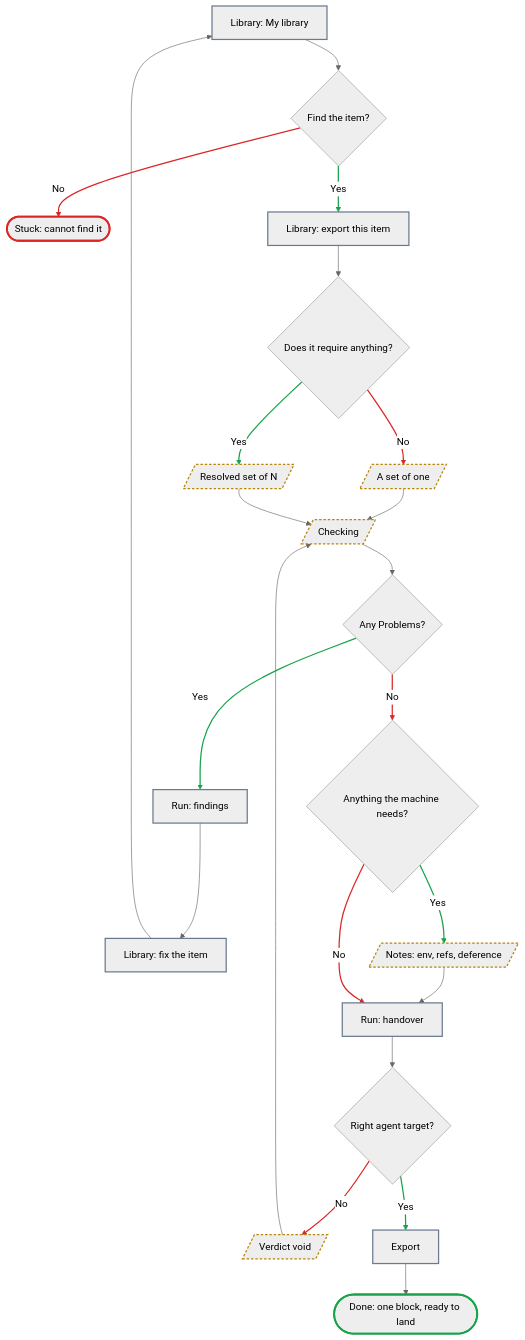
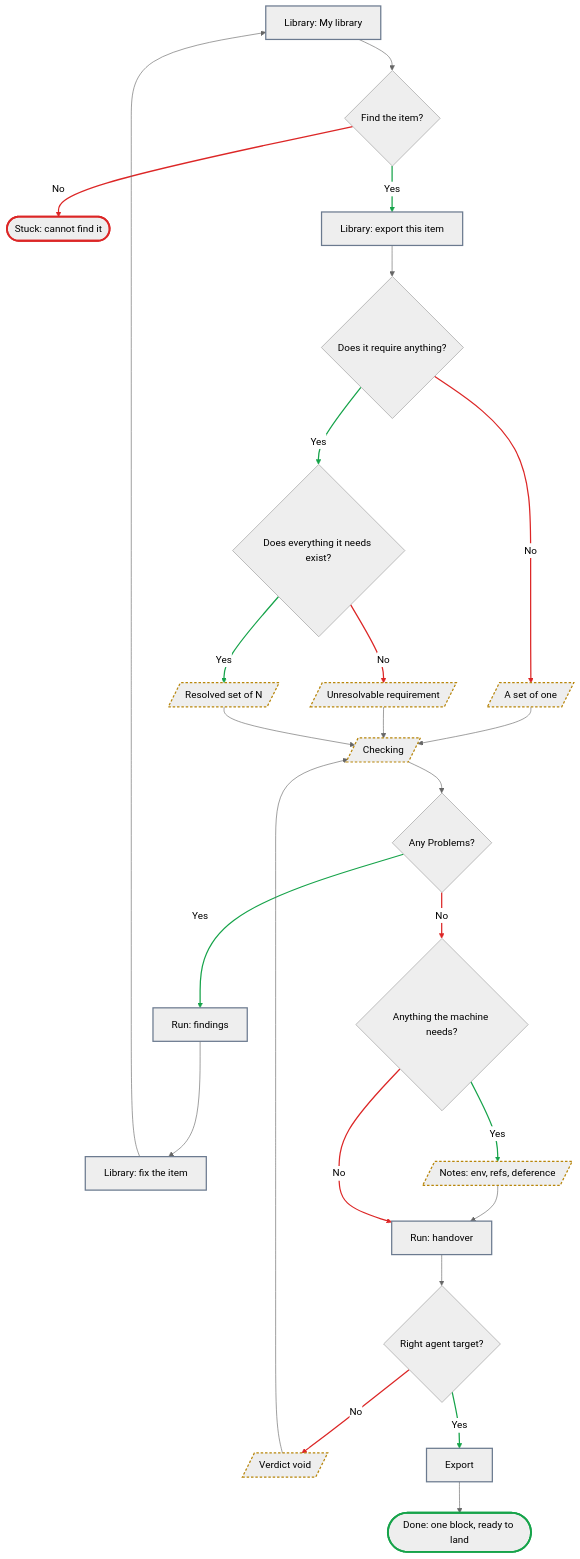
The second of 7 diagrams in 03-information-architecture/flows.md (RomanUserExpert/ai-stack-builder), drawn with Mermaid (neutral theme) before and after one commit. The commit also changed other lines of this file and 7 other files, not shown here.

````diff
--- a/03-information-architecture/flows.md
+++ b/03-information-architecture/flows.md
@@ -188,34 +190,37 @@
 ```mermaid
 flowchart TD
     A["Library: My library"] --> B{"Find the item?"}
     B -->|"No"| C(["Stuck: cannot find it"])
     B -->|"Yes"| D["Library: export this item"]
     D --> E{"Does it require anything?"}
     E -->|"No"| F[/"A set of one"/]
-    E -->|"Yes"| G[/"Resolved set of N"/]
-    F --> H[/"Checking"/]
-    G --> H
-    H --> I{"Any Problems?"}
-    I -->|"Yes"| J["Run: findings"]
-    J --> K["Library: fix the item"]
-    K --> A
-    I -->|"No"| L{"Anything the machine needs?"}
-    L -->|"Yes"| M[/"Notes: env, refs, deference"/]
-    M --> N["Run: handover"]
-    L -->|"No"| N
-    N --> O{"Right agent target?"}
-    O -->|"No"| P[/"Verdict void"/]
-    P --> H
-    O -->|"Yes"| Q["Export"]
-    Q --> R(["Done: one block, ready to land"])
+    E -->|"Yes"| G{"Does everything it needs exist?"}
+    G -->|"No"| H[/"Unresolvable requirement"/]
+    G -->|"Yes"| I[/"Resolved set of N"/]
+    F --> J[/"Checking"/]
+    H --> J
+    I --> J
+    J --> K{"Any Problems?"}
+    K -->|"Yes"| L["Run: findings"]
+    L --> M["Library: fix the item"]
+    M --> A
+    K -->|"No"| N{"Anything the machine needs?"}
+    N -->|"Yes"| O[/"Notes: env, refs, deference"/]
+    O --> P["Run: handover"]
+    N -->|"No"| P
+    P --> Q{"Right agent target?"}
+    Q -->|"No"| R[/"Verdict void"/]
+    R --> J
+    Q -->|"Yes"| S["Export"]
+    S --> T(["Done: one block, ready to land"])
     classDef screen stroke:#6b7a8f,stroke-width:2px
     classDef state stroke:#b8860b,stroke-width:2px,stroke-dasharray:4 3
     classDef win stroke:#16a34a,stroke-width:3px
     classDef dead stroke:#dc2626,stroke-width:3px
-    linkStyle 2,5,9,13,19 stroke:#16a34a,stroke-width:2px
-    linkStyle 1,4,12,15,17 stroke:#dc2626,stroke-width:2px
-    class A,D,J,K,N,Q screen
-    class F,G,H,M,P state
-    class R win
+    linkStyle 2,5,7,12,16,22 stroke:#16a34a,stroke-width:2px
+    linkStyle 1,4,6,15,18,20 stroke:#dc2626,stroke-width:2px
+    class A,D,L,M,P,S screen
+    class F,H,I,J,O,R state
+    class T win
     class C dead
 ```
````
